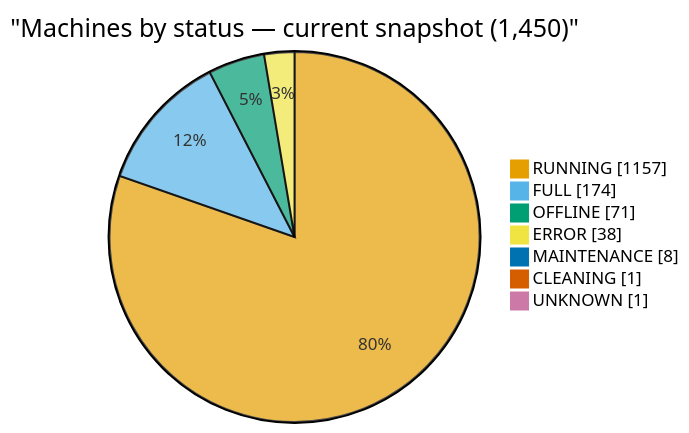
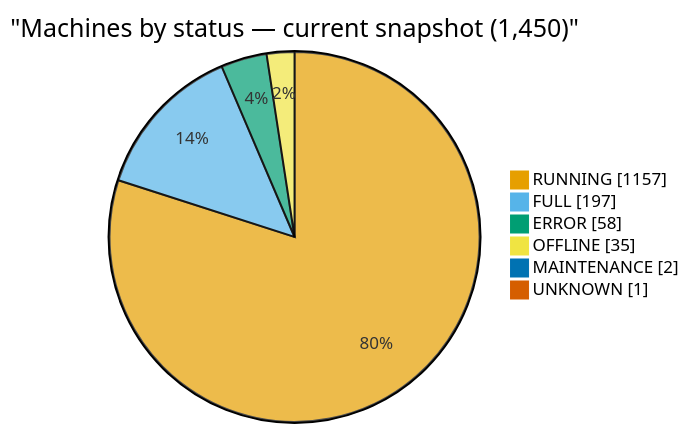
Before and after one commit to cheeaun/returnright-data: the first of 5 diagrams in ANALYSIS.md, drawn with Mermaid. The commit also changed other lines of this file and 4 other files, not shown here.

````diff
--- a/ANALYSIS.md
+++ b/ANALYSIS.md
@@ -22,23 +22,22 @@
 ```mermaid
 ---
 config:
   themeVariables:
     pie1: "#E69F00"
     pie2: "#56B4E9"
     pie3: "#009E73"
     pie4: "#F0E442"
     pie5: "#0072B2"
     pie6: "#D55E00"
     pie7: "#CC79A7"
     pie8: "#999999"
 ---
 pie showData
     title "Machines by status — current snapshot (1,450)"
     "RUNNING": 1157
-    "FULL": 174
-    "OFFLINE": 71
-    "ERROR": 38
-    "MAINTENANCE": 8
-    "CLEANING": 1
+    "FULL": 197
+    "ERROR": 58
+    "OFFLINE": 35
+    "MAINTENANCE": 2
     "UNKNOWN": 1
 ```
````
